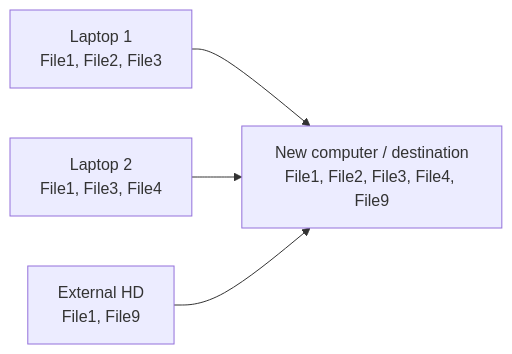
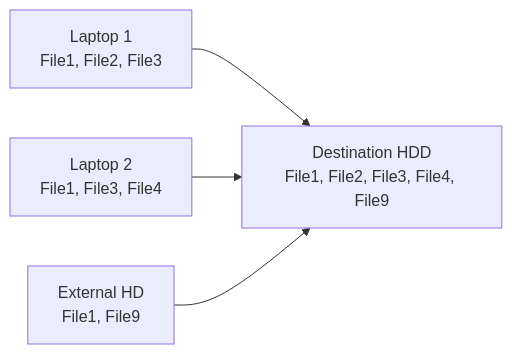
Before and after one commit to zakkoo/unduplicator: the second of 3 diagrams in README.md, drawn with Mermaid. The commit also changed other lines of this file and 1 other file, not shown here.

````diff
--- a/README.md
+++ b/README.md
@@ -7,10 +33,10 @@
 ```mermaid
 flowchart LR
     L1["Laptop 1<br/>File1, File2, File3"]
     L2["Laptop 2<br/>File1, File3, File4"]
     HD["External HD<br/>File1, File9"]
-    D["New computer / destination<br/>File1, File2, File3, File4, File9"]
+    D["Destination HDD<br/>File1, File2, File3, File4, File9"]
     L1 --> D
     L2 --> D
     HD --> D
 ```
````
